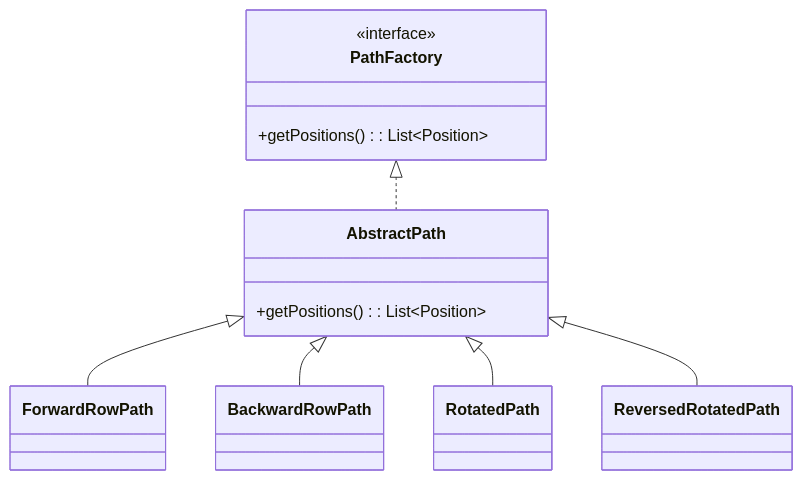
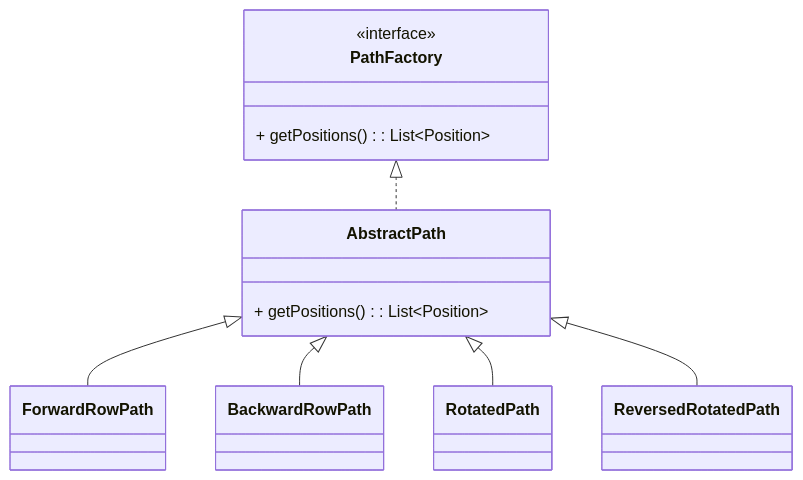
One commit to SirRmelTheThird/HyperJump changed the seventh of 14 diagrams in README.md. Above: the diagram before and after it, drawn with Mermaid. The commit also changed other lines of this file, not shown here.

````diff
--- a/README.md
+++ b/README.md
@@ -378,22 +370,22 @@
 ```mermaid
 classDiagram
     AbstractPath <|-- ForwardRowPath
     AbstractPath <|-- BackwardRowPath
     AbstractPath <|-- RotatedPath
     AbstractPath <|-- ReversedRotatedPath
     PathFactory <|.. AbstractPath
 
     class PathFactory {
         <<interface>>
-        +getPositions(): List~Position~
+        + getPositions(): List~Position~
     }
 
     class AbstractPath {
-        +getPositions(): List~Position~
+        + getPositions(): List~Position~
     }
 
     class ForwardRowPath
     class BackwardRowPath
     class RotatedPath
     class ReversedRotatedPath
 ```
````
